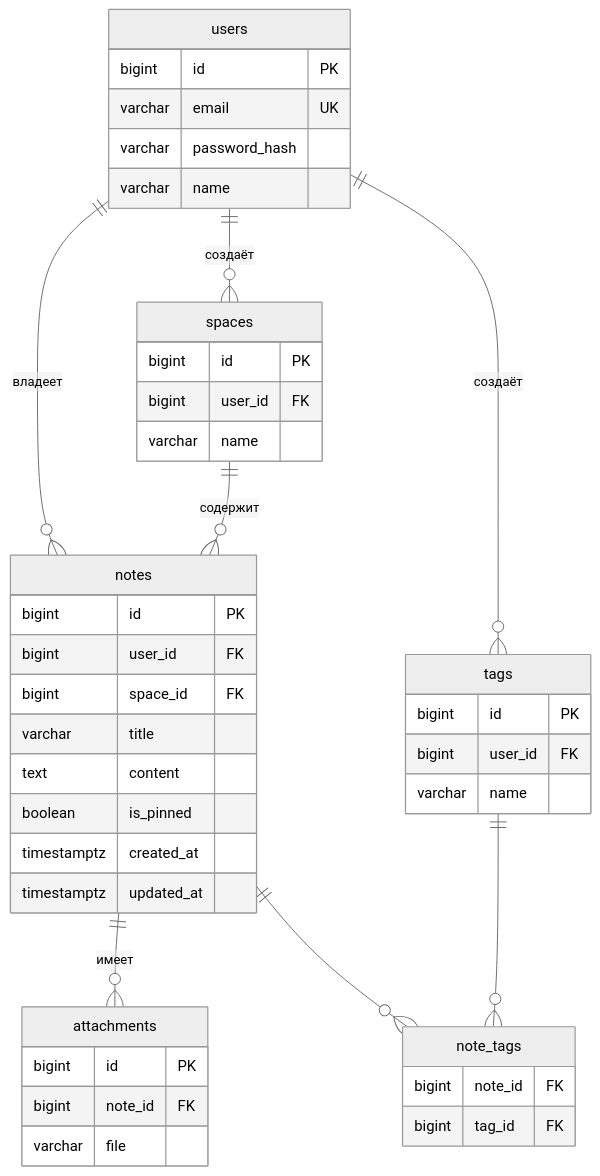
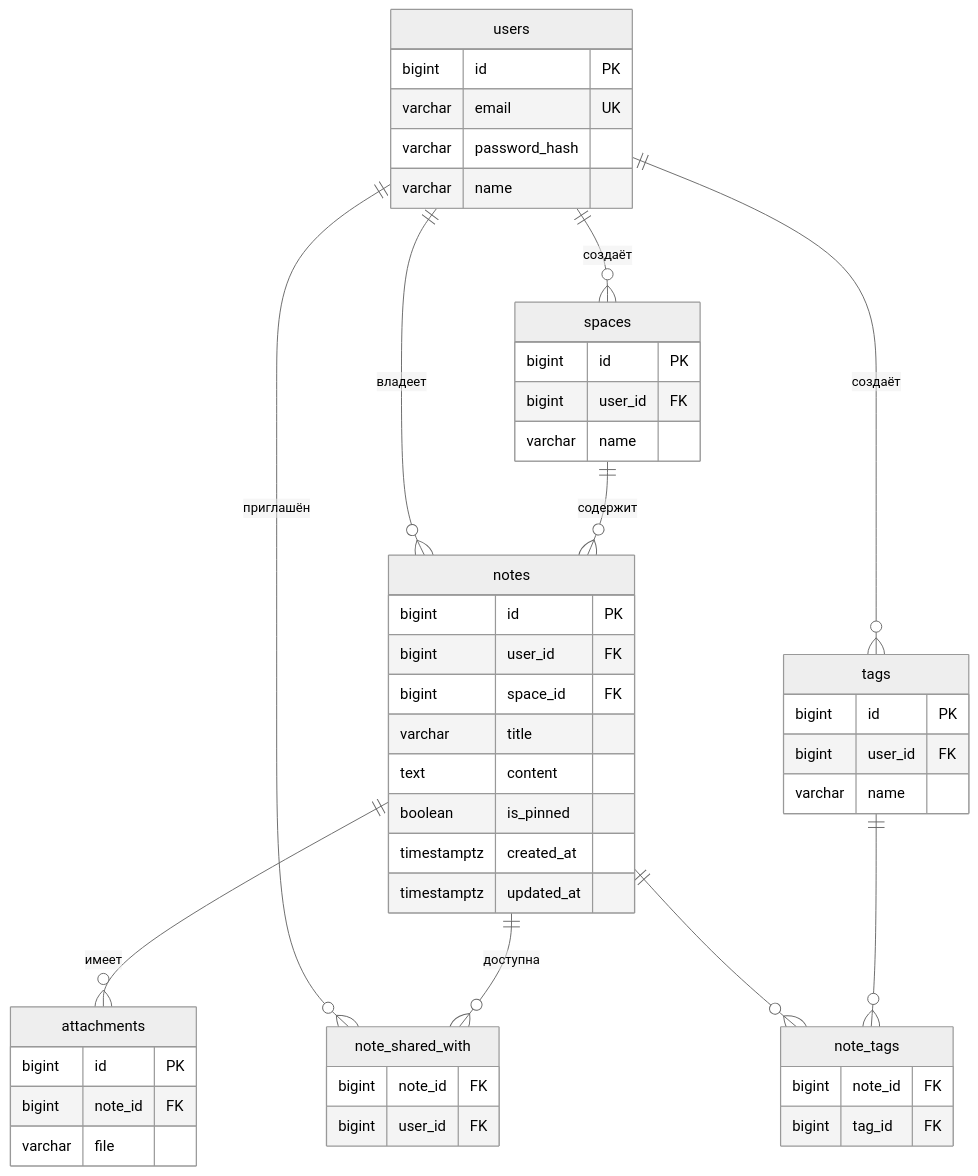
Before and after one commit to NE4EL/Smart-notes: the second of 3 diagrams in README.md, drawn with Mermaid (neutral theme). The commit also changed other lines of this file and 12 other files, not shown here.

````diff
--- a/README.md
+++ b/README.md
@@ -73,46 +74,52 @@
 ```mermaid
 erDiagram
     users ||--o{ spaces : "создаёт"
     users ||--o{ notes : "владеет"
     users ||--o{ tags : "создаёт"
     spaces ||--o{ notes : "содержит"
     notes ||--o{ attachments : "имеет"
+    users ||--o{ note_shared_with : "приглашён"
+    notes ||--o{ note_shared_with : "доступна"
     notes ||--o{ note_tags : ""
     tags ||--o{ note_tags : ""
 
     users {
         bigint id PK
         varchar email UK
         varchar password_hash
         varchar name
     }
     spaces {
         bigint id PK
         bigint user_id FK
         varchar name
     }
     notes {
         bigint id PK
         bigint user_id FK
         bigint space_id FK
         varchar title
         text content
         boolean is_pinned
         timestamptz created_at
         timestamptz updated_at
     }
     tags {
         bigint id PK
         bigint user_id FK
         varchar name
     }
     note_tags {
         bigint note_id FK
         bigint tag_id FK
     }
+    note_shared_with {
+        bigint note_id FK
+        bigint user_id FK
+    }
     attachments {
         bigint id PK
         bigint note_id FK
         varchar file
     }
 ```
````
